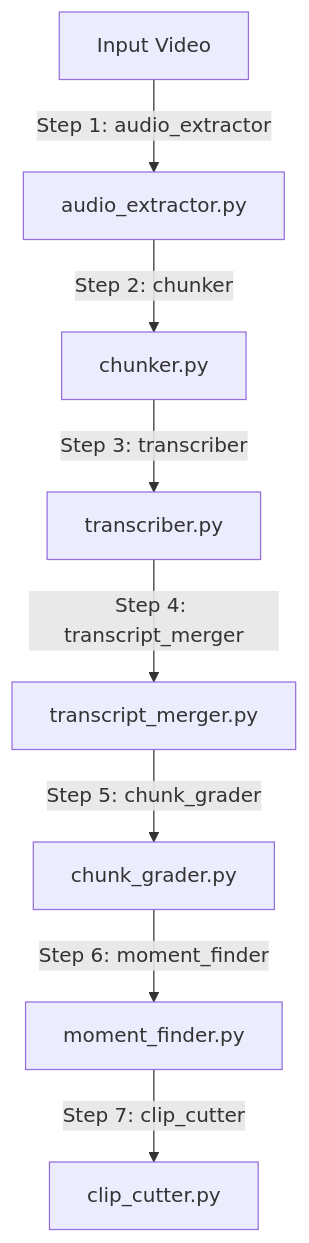
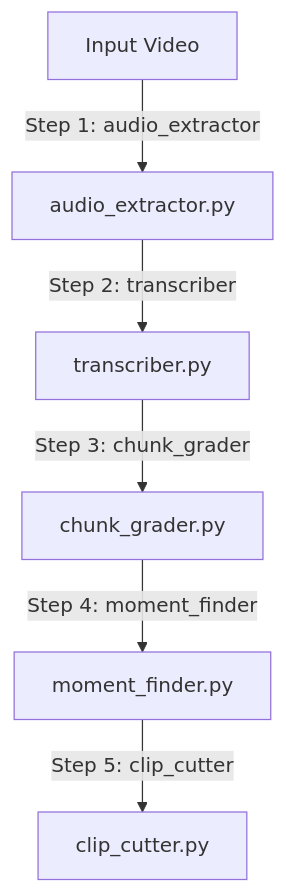
The diagram in backend/README.md (kanak227/Framey), drawn with Mermaid before and after one commit. The commit also changed other lines of this file and 3 other files, not shown here.

Commit message:
docs: update architecture design and README guides to reflect 5-step Groq-based pipeline

````diff
--- a/backend/README.md
+++ b/backend/README.md
@@ -11,10 +11,8 @@
 ```mermaid
 graph TD
     A[Input Video] -->|Step 1: audio_extractor| B[audio_extractor.py]
-    B -->|Step 2: chunker| C[chunker.py]
-    C -->|Step 3: transcriber| D[transcriber.py]
-    D -->|Step 4: transcript_merger| E[transcript_merger.py]
-    E -->|Step 5: chunk_grader| F[chunk_grader.py]
-    F -->|Step 6: moment_finder| G[moment_finder.py]
-    G -->|Step 7: clip_cutter| H[clip_cutter.py]
+    B -->|Step 2: transcriber| C[transcriber.py]
+    C -->|Step 3: chunk_grader| D[chunk_grader.py]
+    D -->|Step 4: moment_finder| E[moment_finder.py]
+    E -->|Step 5: clip_cutter| F[clip_cutter.py]
 ```
````
